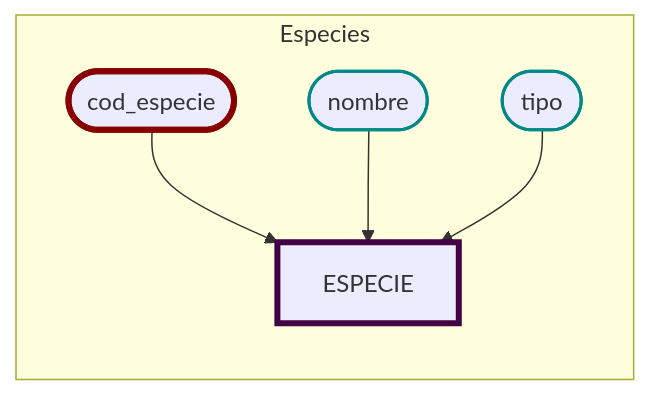
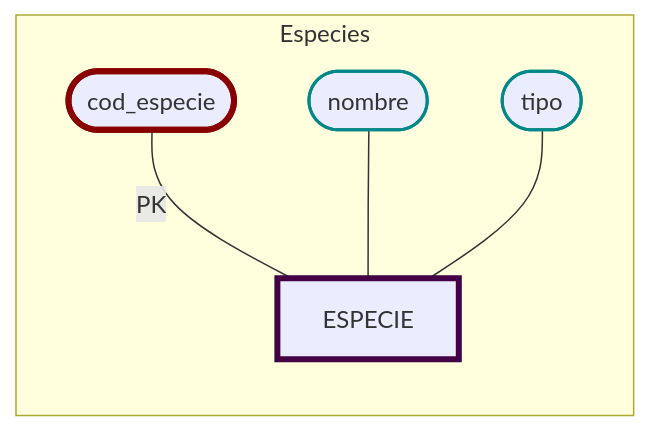
Before and after one commit to JulTob/Data: the second of 13 diagrams in DataBases/lonja_DB.md, drawn with Mermaid. The commit also changed other lines of this file, not shown here.

````diff
--- a/DataBases/lonja_DB.md
+++ b/DataBases/lonja_DB.md
@@ -64,16 +64,16 @@
 ```mermaid
 flowchart LR   
   classDef atributo stroke:#088,stroke-width:2px;
   classDef pk stroke:#800,stroke-width:4px;
   classDef entidad stroke:#404,stroke-width:4px;
 
   %% Atributos ESPECIE
   subgraph Especies
     Especie[ESPECIE]:::entidad
-    cod_especie([cod_especie]):::pk --> Especie
-    nombre_especie([nombre]):::atributo --> Especie
-    tipo_especie([tipo]):::atributo --> Especie
+    cod_especie([cod_especie]):::pk ---|PK| Especie
+    nombre_especie([nombre]):::atributo --- Especie
+    tipo_especie([tipo]):::atributo --- Especie
     end
 
 
 ```
````
